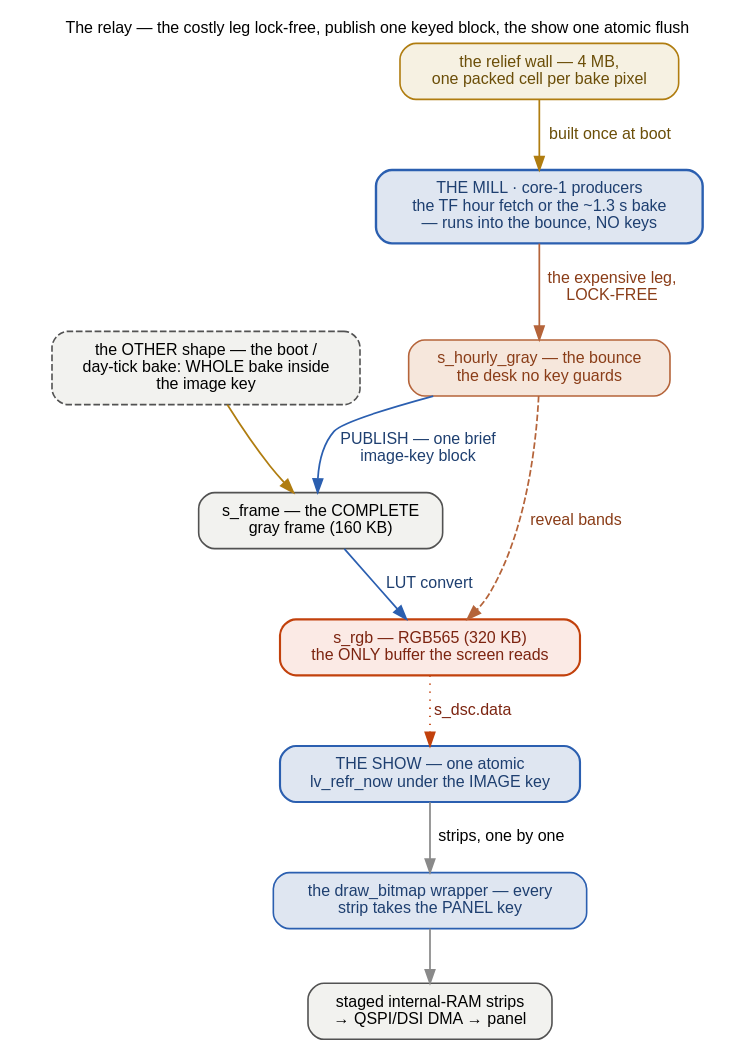
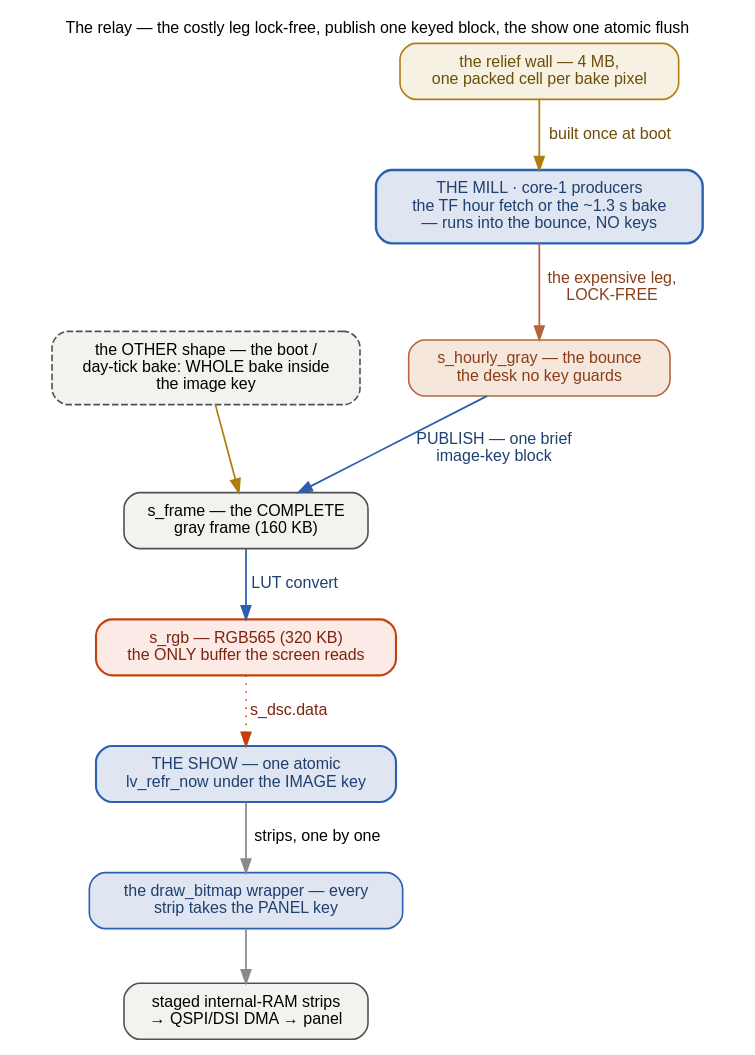
Before and after one commit to ukos-git/moon-clock-esp: the diagram in docs/_graphs/buffers-relay.dot, drawn with Graphviz. The commit also changed 33 other files, not shown here.

```diff
--- a/docs/_graphs/buffers-relay.dot
+++ b/docs/_graphs/buffers-relay.dot
@@ -1,61 +1,62 @@
 // The relay as a BLACK-BOX OVERVIEW: the expensive bake leg runs
 // OUTSIDE both keys (into the bounce), publish is one brief image-key
 // block, the show is one atomic lv_refr_now, and every panel write
 // rides the panel key. No holder lists, no line numbers on this
 // figure — the painter's three legs open into
 // docs/_graphs/buffers-relay-painter.dot (this page); the asks with
 // their timeouts are docs/_graphs/guards-keys.dot; the strip staging,
 // accept-retry anatomy and the witnesses belong to
 // docs/_graphs/flush-path.dot (display.rst); the core's data flow into
 // the bounce to docs/_graphs/moon-core-flow.dot (core-c.rst) —
 // cross-refs kept reciprocal there too. Provenance of every quote (all
 // in components/ui/moon_ui.c unless named): buffers :280-282/:1031,
-// keys :315/:323, tick :186/:2634, bounce reveal-bake :1281-92/:1399-1400,
+// keys :315/:323, tick :186/:2634, bounce compute bake (the strip loop
+// + rows watermark, moon_bake_progress — the reveal-bake :1281-92/
+// :1399-1400 it cites predates the 2026-11-24 compute-progress change;
+// the reveal's bounce->s_rgb band edge is gone with it),
 // convert :1455-69, whole bake :1542-47, producer :1637-1721, done legs
 // :1794-1801, show legs :2474-34, watchdog :588-96/:2559, wrapper
 // :599-690, fade-in :3255-68, fade_ramp :3036-49; relief
 // moon_esp_assets.c :92-115. FONTS: 12 pt everywhere = the page's 16 px
 // body text at 1:1, kept inside the content column so
 // object{max-width:100%} never scales it down.
 // Rendered inline as SVG by sphinx.ext.graphviz (dot on PATH).
 digraph buffers_relay {
     rankdir=TB;
     label="The relay — the costly leg lock-free, publish one keyed block, the show one atomic flush";
     labelloc="t"; labeljust="c";
     fontname="Helvetica"; fontsize=12;
     graph [nodesep=0.5, ranksep=0.55];
     node [fontname="Helvetica", fontsize=12, shape=box, style="rounded,filled",
           width=0, height=0, margin="0.18,0.11", fillcolor="#f2f2ef",
           color="#525252", penwidth=1.2];
     edge [fontname="Helvetica", fontsize=12, color="#8a8a8a", penwidth=1.3];
 
     mill [label="THE MILL · core-1 producers\nthe TF hour fetch or the ~1.3 s bake\n— runs into the bounce, NO keys",
           fillcolor="#dfe6f1", color="#2b5fb0", fontcolor="#1e3f70", penwidth=1.8];
     relief [label="the relief wall — 4 MB,\none packed cell per bake pixel",
             fillcolor="#f6f1e2", color="#b07d10", fontcolor="#6b4e08"];
     bounce [label="s_hourly_gray — the bounce\nthe desk no key guards",
             fillcolor="#f6e7dc", color="#b5643a", fontcolor="#8a3d18"];
     bootbake [label="the OTHER shape — the boot /\nday-tick bake: WHOLE bake inside\nthe image key",
               style="rounded,filled,dashed"];
     sframe [label="s_frame — the COMPLETE\ngray frame (160 KB)"];
     srgb [label="s_rgb — RGB565 (320 KB)\nthe ONLY buffer the screen reads",
           fillcolor="#fbeae5", color="#c2410c", fontcolor="#7c2410", penwidth=1.6];
     show [label="THE SHOW — one atomic\nlv_refr_now under the IMAGE key",
           fillcolor="#dfe6f1", color="#2b5fb0", fontcolor="#1e3f70", penwidth=1.6];
     wrapper [label="the draw_bitmap wrapper — every\nstrip takes the PANEL key",
              fillcolor="#dfe6f1", color="#2b5fb0", fontcolor="#1e3f70"];
     panel [label="staged internal-RAM strips\n→ QSPI/DSI DMA → panel"];
 
     relief -> mill [color="#b07d10", fontcolor="#6b4e08", label="built once at boot"];
     mill -> bounce [color="#b5643a", fontcolor="#8a3d18", label="the expensive leg,\nLOCK-FREE"];
     bootbake -> sframe [color="#b07d10", fontcolor="#6b4e08"];
     bounce -> sframe [color="#2b5fb0", fontcolor="#1e3f70",
                       label="PUBLISH — one brief\nimage-key block"];
     sframe -> srgb [color="#2b5fb0", fontcolor="#1e3f70", label="LUT convert"];
-    bounce -> srgb [style=dashed, color="#b5643a", fontcolor="#8a3d18",
-                    label="reveal bands"];
     srgb -> show [style=dotted, color="#c2410c", fontcolor="#7c2410",
                   label="s_dsc.data"];
     show -> wrapper [label="strips, one by one"];
     wrapper -> panel;
 }
```
